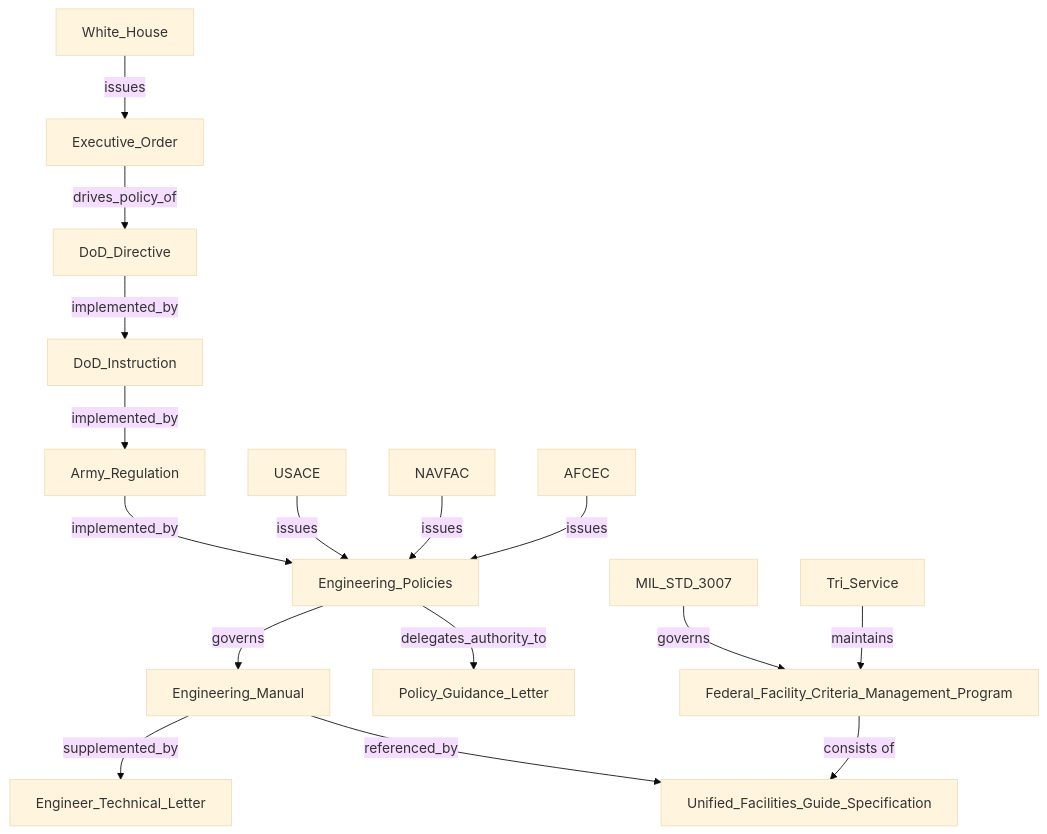
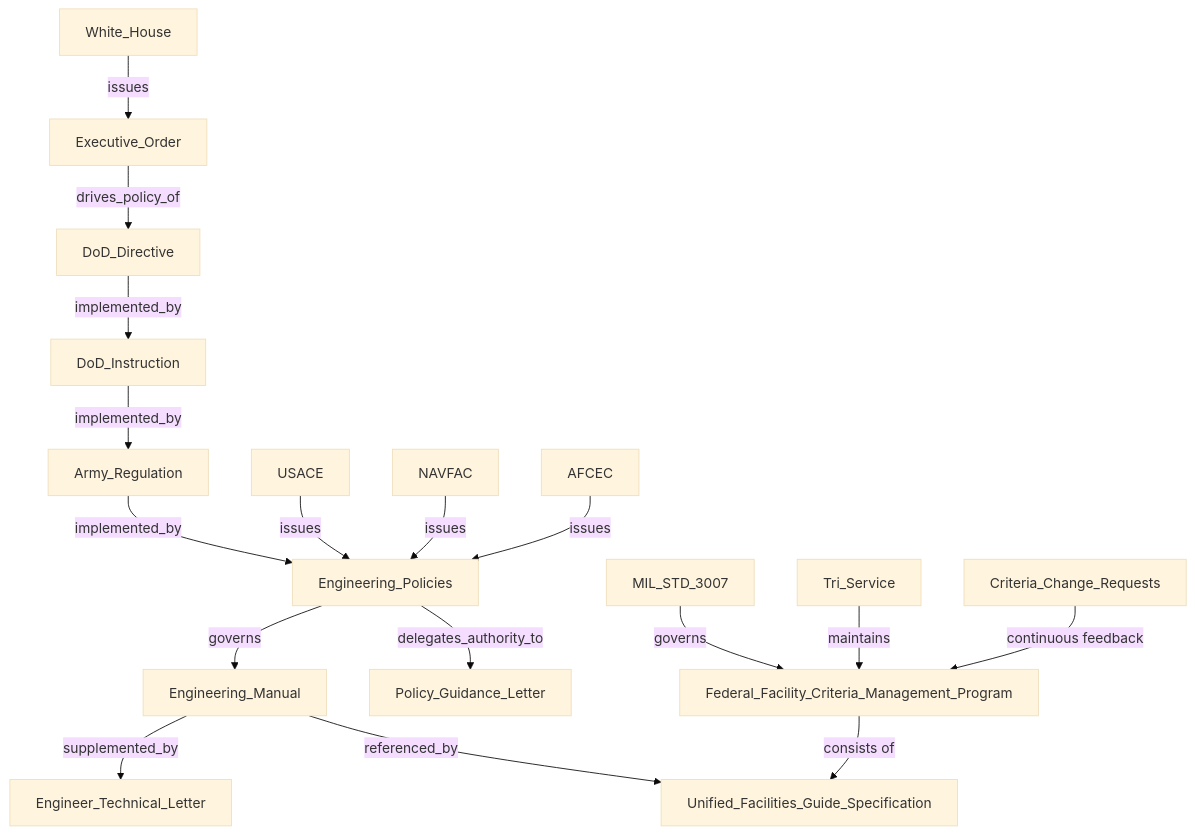
One commit to vdubya/criteria-assistant changed the diagram in data/KG_document_hierarchy.md. Above: the diagram before and after it, drawn with Mermaid (base theme).

````diff
--- a/data/KG_document_hierarchy.md
+++ b/data/KG_document_hierarchy.md
@@ -1,18 +1,19 @@
 ```mermaid
 graph TD
   White_House -->|issues| Executive_Order
   Executive_Order -->|drives_policy_of| DoD_Directive
   DoD_Directive -->|implemented_by| DoD_Instruction
   DoD_Instruction -->|implemented_by| Army_Regulation
   Army_Regulation -->|implemented_by| Engineering_Policies
   Engineering_Policies -->|governs| Engineering_Manual
   Engineering_Manual -->|supplemented_by| Engineer_Technical_Letter
   Engineering_Policies -->|delegates_authority_to| Policy_Guidance_Letter
   Engineering_Manual -->|referenced_by| Unified_Facilities_Guide_Specification
   MIL_STD_3007 -->|governs| Federal_Facility_Criteria_Management_Program
   USACE -->|issues| Engineering_Policies
   NAVFAC -->|issues| Engineering_Policies
   AFCEC -->|issues| Engineering_Policies
   Tri_Service -->|maintains| Federal_Facility_Criteria_Management_Program
   Federal_Facility_Criteria_Management_Program --> |consists of| Unified_Facilities_Guide_Specification
+  Criteria_Change_Requests --> |continuous feedback| Federal_Facility_Criteria_Management_Program
 ```
````
